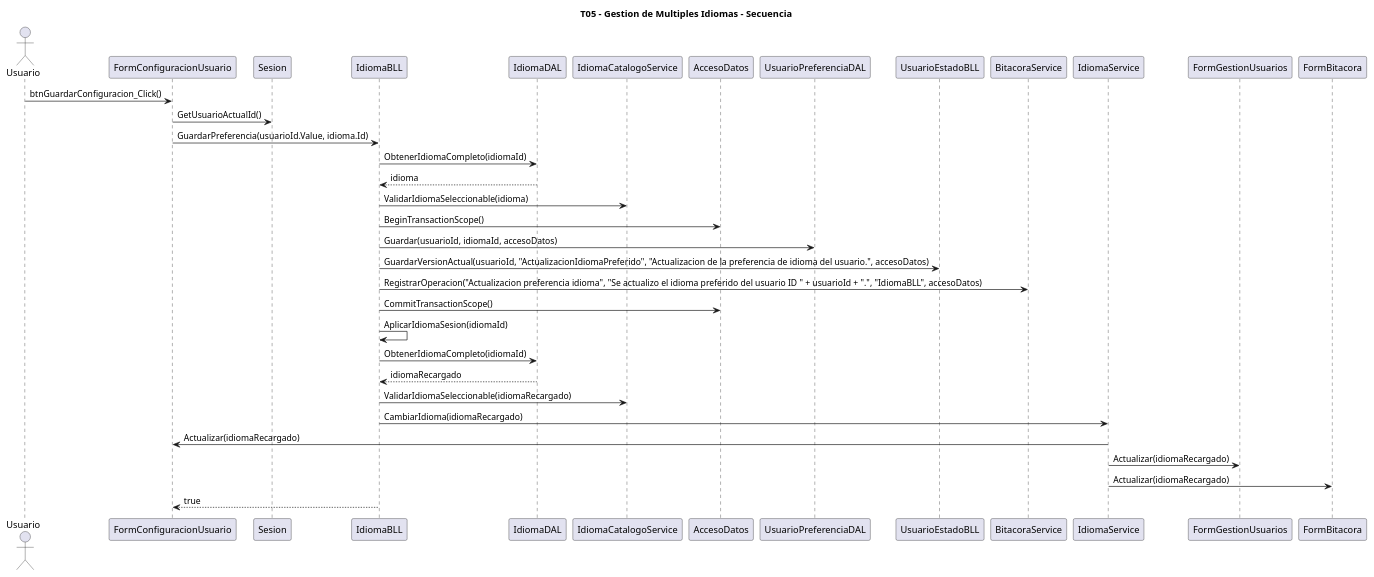
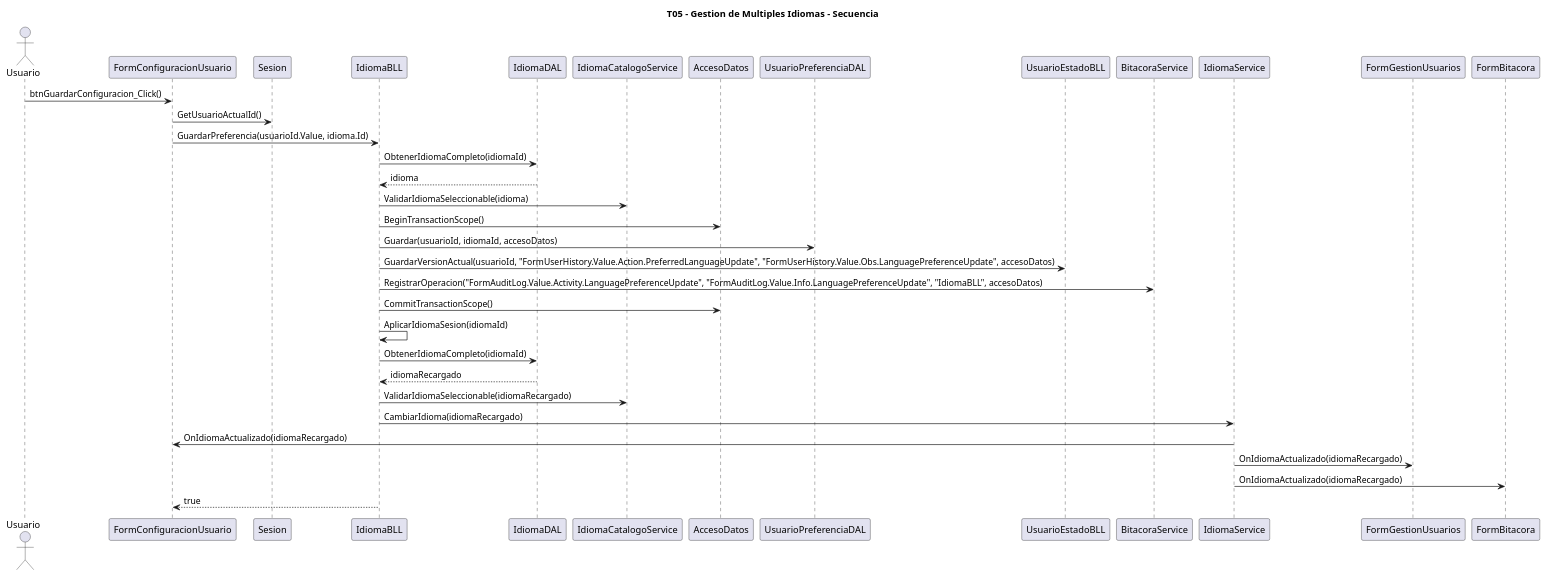
The diagram in diagramas/T05-multidioma/T05-multidioma-secuencia.puml (aggutierrez98/TP-TD), drawn with PlantUML before and after one commit. The commit also changed 19 other files, not shown here.

Commit message:
Actualizar diagramas

```diff
--- a/diagramas/T05-multidioma/T05-multidioma-secuencia.puml
+++ b/diagramas/T05-multidioma/T05-multidioma-secuencia.puml
@@ -1,39 +1,39 @@
 @startuml
 title T05 - Gestion de Multiples Idiomas - Secuencia
 
 actor Usuario
 participant "FormConfiguracionUsuario" as FormConfiguracionUsuario
 participant "Sesion" as Sesion
 participant "IdiomaBLL" as IdiomaBLL
 participant "IdiomaDAL" as IdiomaDAL
 participant "IdiomaCatalogoService" as IdiomaCatalogoService
 participant "AccesoDatos" as AccesoDatos
 participant "UsuarioPreferenciaDAL" as UsuarioPreferenciaDAL
 participant "UsuarioEstadoBLL" as UsuarioEstadoBLL
 participant "BitacoraService" as BitacoraService
 participant "IdiomaService" as IdiomaService
 participant "FormGestionUsuarios" as FormGestionUsuarios
 participant "FormBitacora" as FormBitacora
 
 Usuario -> FormConfiguracionUsuario : btnGuardarConfiguracion_Click()
 FormConfiguracionUsuario -> Sesion : GetUsuarioActualId()
 FormConfiguracionUsuario -> IdiomaBLL : GuardarPreferencia(usuarioId.Value, idioma.Id)
 IdiomaBLL -> IdiomaDAL : ObtenerIdiomaCompleto(idiomaId)
 IdiomaDAL --> IdiomaBLL : idioma
 IdiomaBLL -> IdiomaCatalogoService : ValidarIdiomaSeleccionable(idioma)
 IdiomaBLL -> AccesoDatos : BeginTransactionScope()
 IdiomaBLL -> UsuarioPreferenciaDAL : Guardar(usuarioId, idiomaId, accesoDatos)
-IdiomaBLL -> UsuarioEstadoBLL : GuardarVersionActual(usuarioId, "ActualizacionIdiomaPreferido", "Actualizacion de la preferencia de idioma del usuario.", accesoDatos)
-IdiomaBLL -> BitacoraService : RegistrarOperacion("Actualizacion preferencia idioma", "Se actualizo el idioma preferido del usuario ID " + usuarioId + ".", "IdiomaBLL", accesoDatos)
+IdiomaBLL -> UsuarioEstadoBLL : GuardarVersionActual(usuarioId, "FormUserHistory.Value.Action.PreferredLanguageUpdate", "FormUserHistory.Value.Obs.LanguagePreferenceUpdate", accesoDatos)
+IdiomaBLL -> BitacoraService : RegistrarOperacion("FormAuditLog.Value.Activity.LanguagePreferenceUpdate", "FormAuditLog.Value.Info.LanguagePreferenceUpdate", "IdiomaBLL", accesoDatos)
 IdiomaBLL -> AccesoDatos : CommitTransactionScope()
 IdiomaBLL -> IdiomaBLL : AplicarIdiomaSesion(idiomaId)
 IdiomaBLL -> IdiomaDAL : ObtenerIdiomaCompleto(idiomaId)
 IdiomaDAL --> IdiomaBLL : idiomaRecargado
 IdiomaBLL -> IdiomaCatalogoService : ValidarIdiomaSeleccionable(idiomaRecargado)
 IdiomaBLL -> IdiomaService : CambiarIdioma(idiomaRecargado)
-IdiomaService -> FormConfiguracionUsuario : Actualizar(idiomaRecargado)
-IdiomaService -> FormGestionUsuarios : Actualizar(idiomaRecargado)
-IdiomaService -> FormBitacora : Actualizar(idiomaRecargado)
+IdiomaService -> FormConfiguracionUsuario : OnIdiomaActualizado(idiomaRecargado)
+IdiomaService -> FormGestionUsuarios : OnIdiomaActualizado(idiomaRecargado)
+IdiomaService -> FormBitacora : OnIdiomaActualizado(idiomaRecargado)
 IdiomaBLL --> FormConfiguracionUsuario : true
 
 @enduml
```
